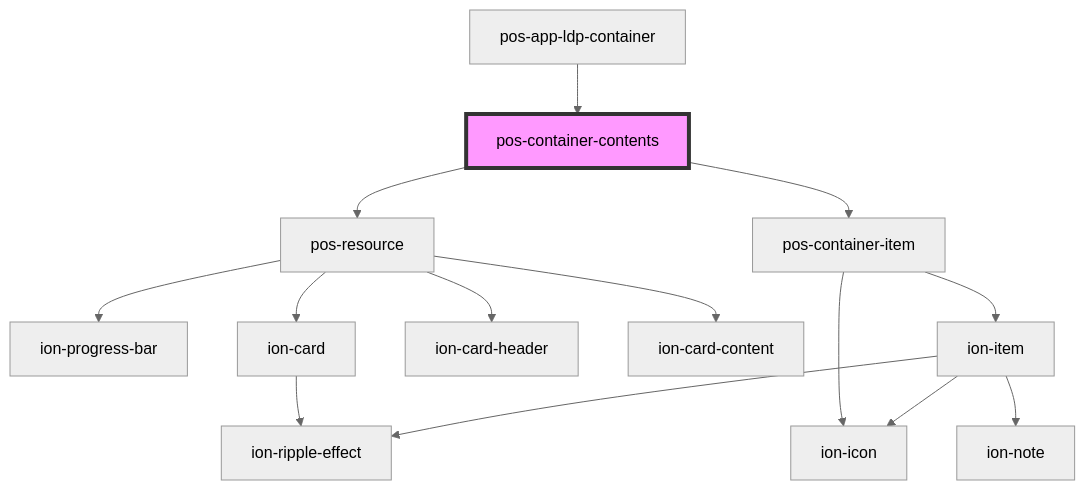
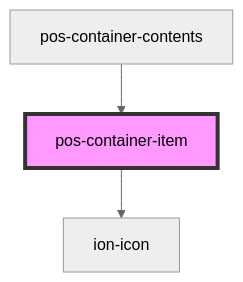
One commit to pod-os/PodOS changed the diagram in docs/elements/components/pos-container-contents/readme.md. Above: the diagram before and after it, drawn with Mermaid (neutral theme). The commit also changed other lines of this file and 20 other files, not shown here.

````diff
--- a/docs/elements/components/pos-container-contents/readme.md
+++ b/docs/elements/components/pos-container-contents/readme.md
@@ -27,17 +27,6 @@
 ```mermaid
 graph TD;
-  pos-container-contents --> pos-resource
+  pos-container-item --> ion-icon
   pos-container-contents --> pos-container-item
-  pos-resource --> ion-progress-bar
-  pos-resource --> ion-card
-  pos-resource --> ion-card-header
-  pos-resource --> ion-card-content
-  ion-card --> ion-ripple-effect
-  pos-container-item --> ion-item
-  pos-container-item --> ion-icon
-  ion-item --> ion-icon
-  ion-item --> ion-ripple-effect
-  ion-item --> ion-note
-  pos-app-ldp-container --> pos-container-contents
-  style pos-container-contents fill:#f9f,stroke:#333,stroke-width:4px
+  style pos-container-item fill:#f9f,stroke:#333,stroke-width:4px
 ```
````
